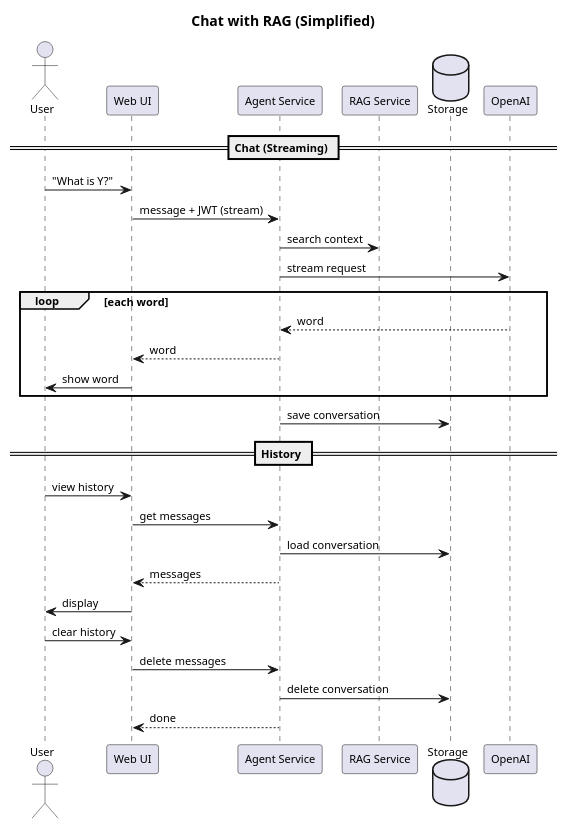
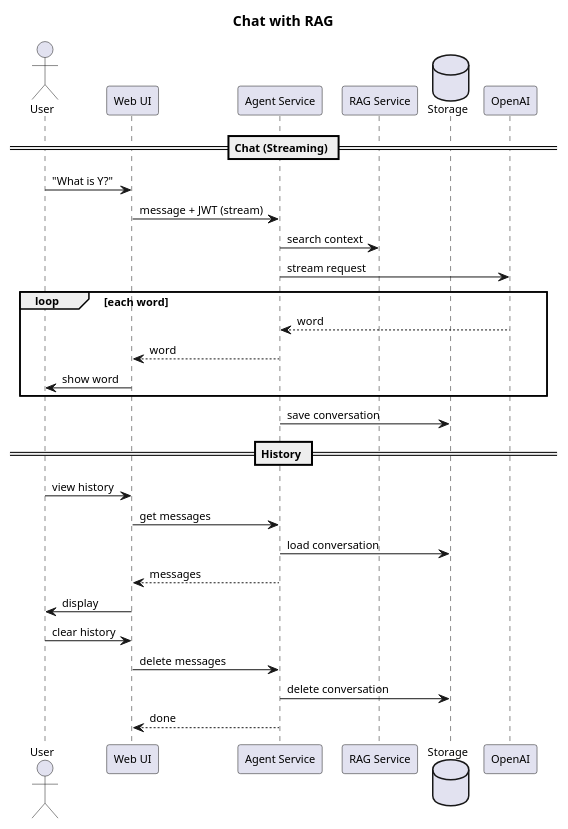
One commit to HenryNVP/strategic_planning_AI changed the diagram in architecture/A4_03_flow_chat.puml. Above: the diagram before and after it, drawn with PlantUML. The commit also changed 4 other files, not shown here.

Commit message:
sequences

```diff
--- a/architecture/A4_03_flow_chat.puml
+++ b/architecture/A4_03_flow_chat.puml
@@ -1,39 +1,39 @@
 @startuml A4_03_flow_chat_simple
-title Chat with RAG (Simplified)
+title Chat with RAG
 
 skinparam shadowing false
 skinparam defaultFontName Arial
 skinparam defaultFontSize 11
 
 actor User
 participant "Web UI" as UI
 participant "Agent Service" as AGENT
 participant "RAG Service" as RAG
 database "Storage" as DB
 participant "OpenAI" as LLM
 
 == Chat (Streaming) ==
 User -> UI : "What is Y?"
 UI -> AGENT : message + JWT (stream)
 AGENT -> RAG : search context
 AGENT -> LLM : stream request
 loop each word
   LLM --> AGENT : word
   AGENT --> UI : word
   UI -> User : show word
 end
 AGENT -> DB : save conversation
 
 == History ==
 User -> UI : view history
 UI -> AGENT : get messages
 AGENT -> DB : load conversation
 AGENT --> UI : messages
 UI -> User : display
 
 User -> UI : clear history
 UI -> AGENT : delete messages
 AGENT -> DB : delete conversation
 AGENT --> UI : done
 
 @enduml
```
